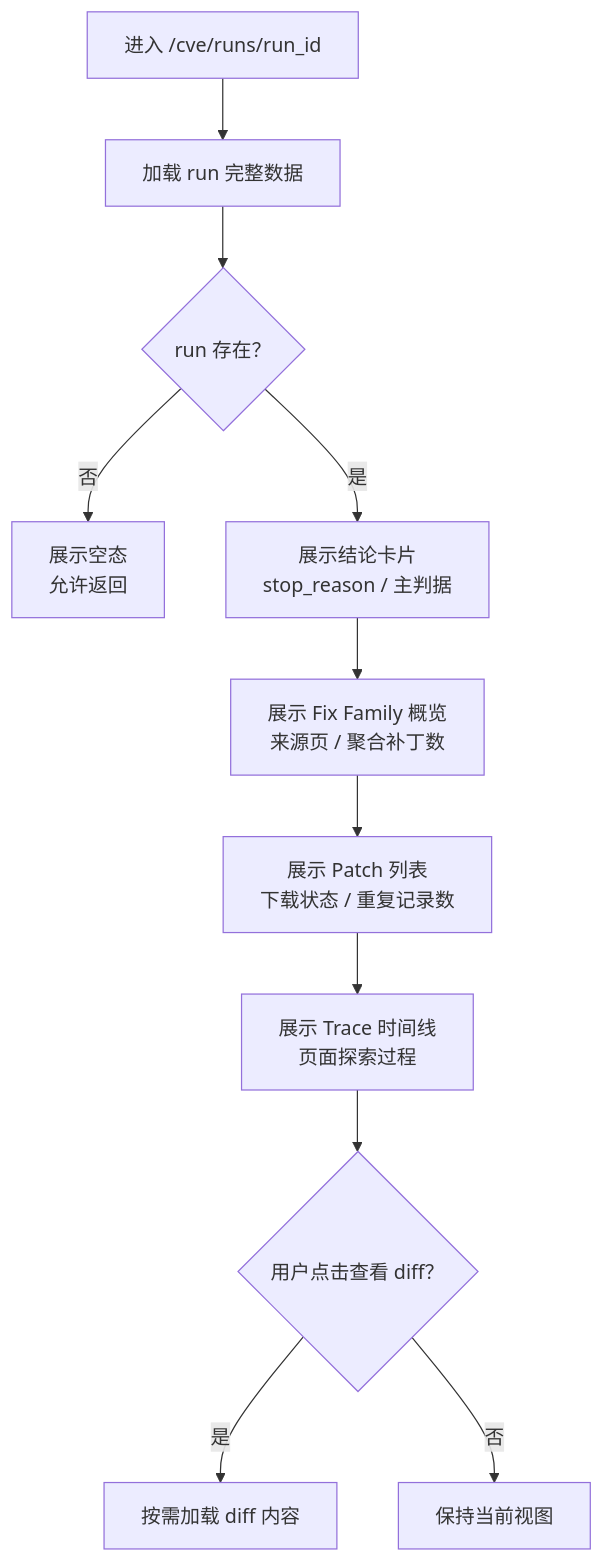
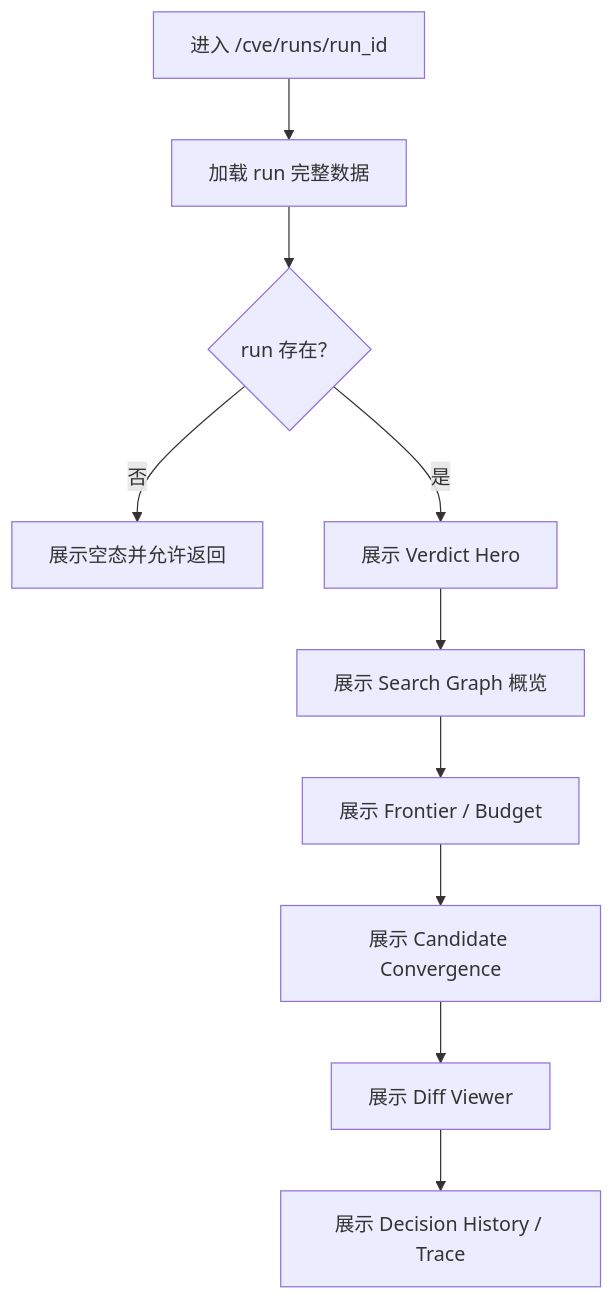
The diagram in docs/04-功能设计/M102-CVE运行详情与补丁证据功能设计.md (coeoo/AetherFlow), drawn with Mermaid before and after one commit. The commit also changed other lines of this file and 55 other files, not shown here.

````diff
--- a/docs/04-功能设计/M102-CVE运行详情与补丁证据功能设计.md
+++ b/docs/04-功能设计/M102-CVE运行详情与补丁证据功能设计.md
@@ -54,13 +77,12 @@
 ```mermaid
 flowchart TD
     A["进入 /cve/runs/run_id"] --> B["加载 run 完整数据"]
     B --> C{"run 存在？"}
-    C -->|否| D["展示空态\n允许返回"]
-    C -->|是| E["展示结论卡片\nstop_reason / 主判据"]
-    E --> F["展示 Fix Family 概览\n来源页 / 聚合补丁数"]
-    F --> G["展示 Patch 列表\n下载状态 / 重复记录数"]
-    G --> H["展示 Trace 时间线\n页面探索过程"]
-    H --> I{"用户点击查看 diff？"}
-    I -->|是| J["按需加载 diff 内容"]
-    I -->|否| K["保持当前视图"]
+    C -->|否| D["展示空态并允许返回"]
+    C -->|是| E["展示 Verdict Hero"]
+    E --> F["展示 Search Graph 概览"]
+    F --> G["展示 Frontier / Budget"]
+    G --> H["展示 Candidate Convergence"]
+    H --> I["展示 Diff Viewer"]
+    I --> J["展示 Decision History / Trace"]
 ```
````
